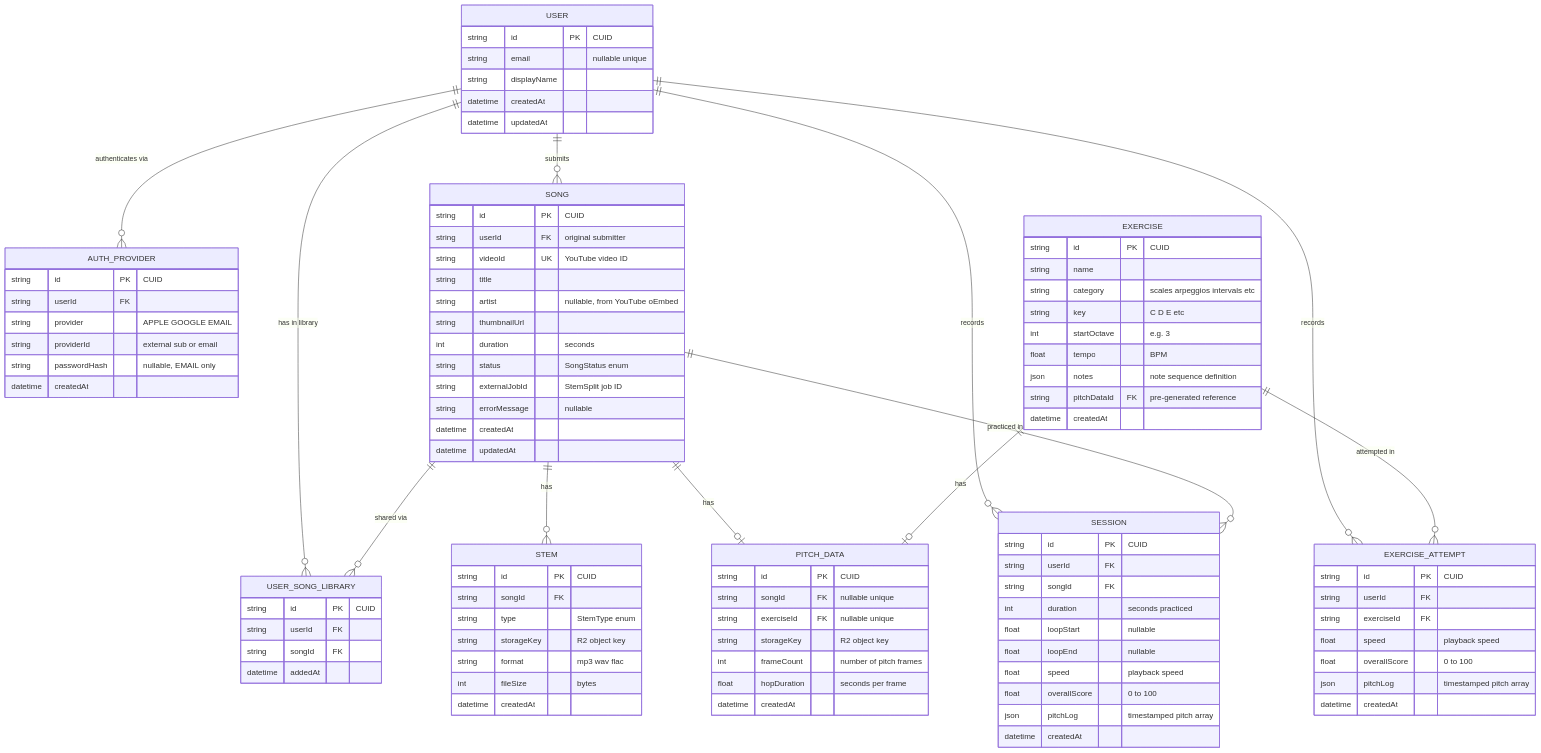
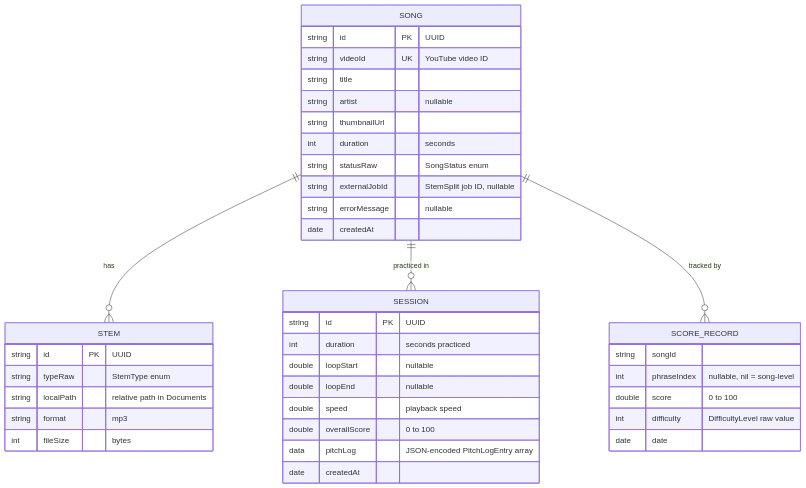
Before and after one commit to pawelgawliczek/intonavio-local: the diagram in docs/04-data-models.md, drawn with Mermaid. The commit also changed other lines of this file and 88 other files, not shown here.

First line of the commit message:
Migrate to fully on-device architecture

````diff
--- a/docs/04-data-models.md
+++ b/docs/04-data-models.md
@@ -5,108 +5,46 @@
 ```mermaid
 erDiagram
-    USER ||--o{ AUTH_PROVIDER : "authenticates via"
-    USER ||--o{ SONG : "submits"
-    USER ||--o{ USER_SONG_LIBRARY : "has in library"
-    SONG ||--o{ USER_SONG_LIBRARY : "shared via"
-    USER ||--o{ SESSION : "records"
     SONG ||--o{ STEM : "has"
-    SONG ||--o| PITCH_DATA : "has"
     SONG ||--o{ SESSION : "practiced in"
-    USER ||--o{ EXERCISE_ATTEMPT : "records"
-    EXERCISE ||--o{ EXERCISE_ATTEMPT : "attempted in"
-    EXERCISE ||--o| PITCH_DATA : "has"
-
-    AUTH_PROVIDER {
-        string id PK "CUID"
-        string userId FK
-        string provider "APPLE GOOGLE EMAIL"
-        string providerId "external sub or email"
-        string passwordHash "nullable, EMAIL only"
-        datetime createdAt
-    }
-
-    EXERCISE {
-        string id PK "CUID"
-        string name
-        string category "scales arpeggios intervals etc"
-        string key "C D E etc"
-        int startOctave "e.g. 3"
-        float tempo "BPM"
-        json notes "note sequence definition"
-        string pitchDataId FK "pre-generated reference"
-        datetime createdAt
-    }
-
-    EXERCISE_ATTEMPT {
-        string id PK "CUID"
-        string userId FK
-        string exerciseId FK
-        float speed "playback speed"
-        float overallScore "0 to 100"
-        json pitchLog "timestamped pitch array"
-        datetime createdAt
-    }
-
-    USER {
-        string id PK "CUID"
-        string email "nullable unique"
-        string displayName
-        datetime createdAt
-        datetime updatedAt
-    }
-
-    USER_SONG_LIBRARY {
-        string id PK "CUID"
-        string userId FK
-        string songId FK
-        datetime addedAt
-    }
+    SONG ||--o{ SCORE_RECORD : "tracked by"
 
     SONG {
-        string id PK "CUID"
-        string userId FK "original submitter"
+        string id PK "UUID"
         string videoId UK "YouTube video ID"
         string title
-        string artist "nullable, from YouTube oEmbed"
+        string artist "nullable"
         string thumbnailUrl
         int duration "seconds"
-        string status "SongStatus enum"
-        string externalJobId "StemSplit job ID"
+        string statusRaw "SongStatus enum"
+        string externalJobId "StemSplit job ID, nullable"
         string errorMessage "nullable"
-        datetime createdAt
-        datetime updatedAt
+        date createdAt
     }
 
     STEM {
-        string id PK "CUID"
-        string songId FK
-        string type "StemType enum"
-        string storageKey "R2 object key"
-        string format "mp3 wav flac"
+        string id PK "UUID"
+        string typeRaw "StemType enum"
+        string localPath "relative path in Documents"
+        string format "mp3"
         int fileSize "bytes"
-        datetime createdAt
-    }
-
-    PITCH_DATA {
-        string id PK "CUID"
-        string songId FK "nullable unique"
-        string exerciseId FK "nullable unique"
-        string storageKey "R2 object key"
-        int frameCount "number of pitch frames"
-        float hopDuration "seconds per frame"
-        datetime createdAt
     }
 
     SESSION {
-        string id PK "CUID"
-        string userId FK
-        string songId FK
+        string id PK "UUID"
         int duration "seconds practiced"
-        float loopStart "nullable"
-        float loopEnd "nullable"
-        float speed "playback speed"
-        float overallScore "0 to 100"
-        json pitchLog "timestamped pitch array"
-        datetime createdAt
+        double loopStart "nullable"
+        double loopEnd "nullable"
+        double speed "playback speed"
+        double overallScore "0 to 100"
+        data pitchLog "JSON-encoded PitchLogEntry array"
+        date createdAt
+    }
+
+    SCORE_RECORD {
+        string songId
+        int phraseIndex "nullable, nil = song-level"
+        double score "0 to 100"
+        int difficulty "DifficultyLevel raw value"
+        date date
     }
 ```
````
